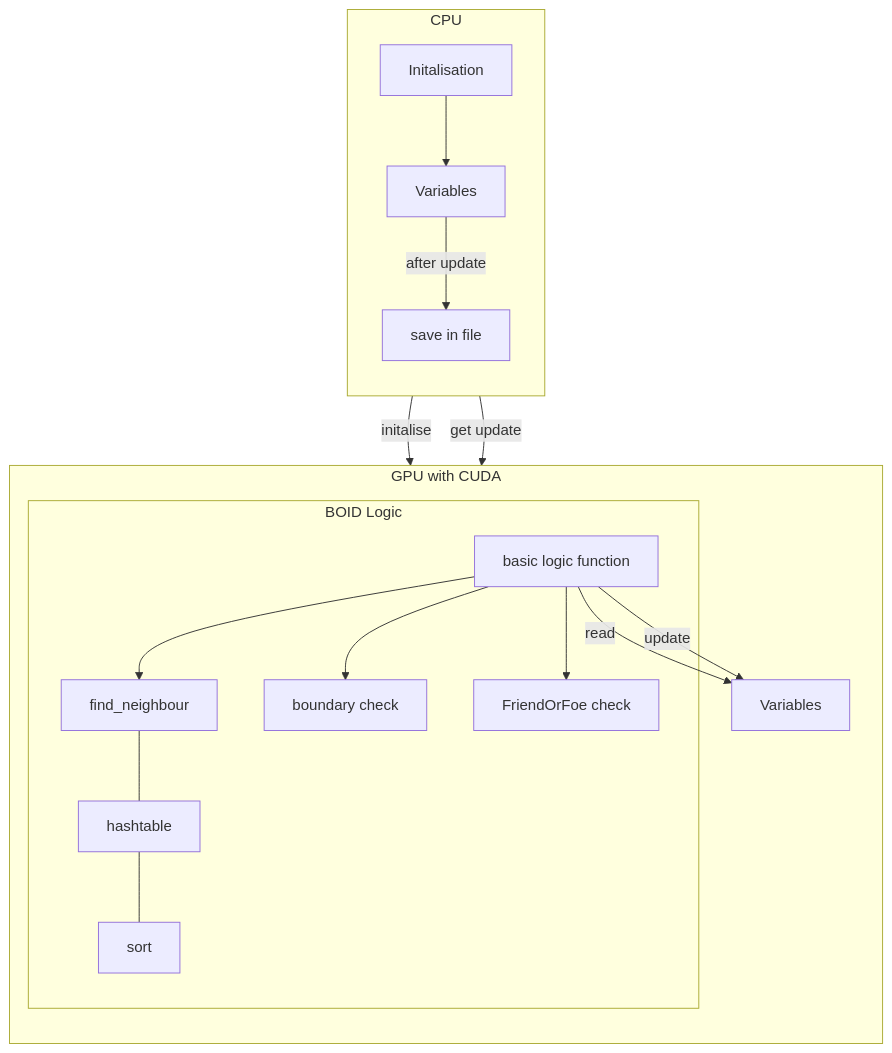
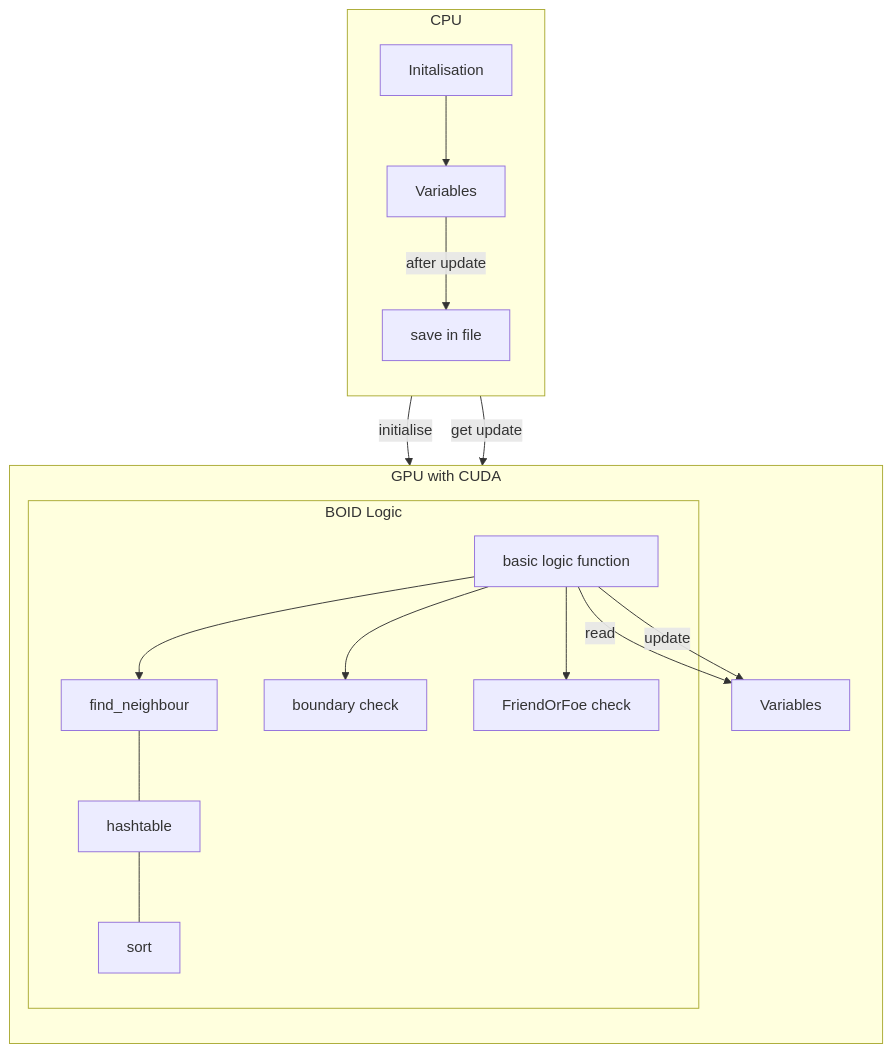
One commit to LeoTurnell-Ritson/CuBoids changed the first of 2 diagrams in README.md. Above: the diagram before and after it, drawn with Mermaid. The commit also changed other lines of this file, not shown here.

````diff
--- a/README.md
+++ b/README.md
@@ -24,32 +24,32 @@
 ```mermaid
 flowchart
     subgraph GPU with CUDA
         direction TB
         GPU_1[Variables]
         subgraph BOID Logic
         GPU_6[basic logic function]
         GPU_2[find_neighbour]
         GPU_3[hashtable]
         GPU_4[sort]
         GPU_5[boundary check]
         GPU_7[FriendOrFoe check]
         end
         GPU_6 --> GPU_2
         GPU_6 --> GPU_5
         GPU_6 --> GPU_7
         GPU_2 --- GPU_3
         GPU_3 --- GPU_4
         GPU_6 --read--> GPU_1
         GPU_6 --update-->GPU_1
     end
     subgraph CPU
         direction TB
         CPU_1[Initalisation]
         CPU_2[Variables]
         CPU_3[save in file]
         CPU_1 --> CPU_2
         CPU_2 --after update-->CPU_3
     end
-CPU_2 --initalise--> GPU_1
+CPU_2 --initialise--> GPU_1
 CPU_2 --get update--> GPU_1
 ```
````
